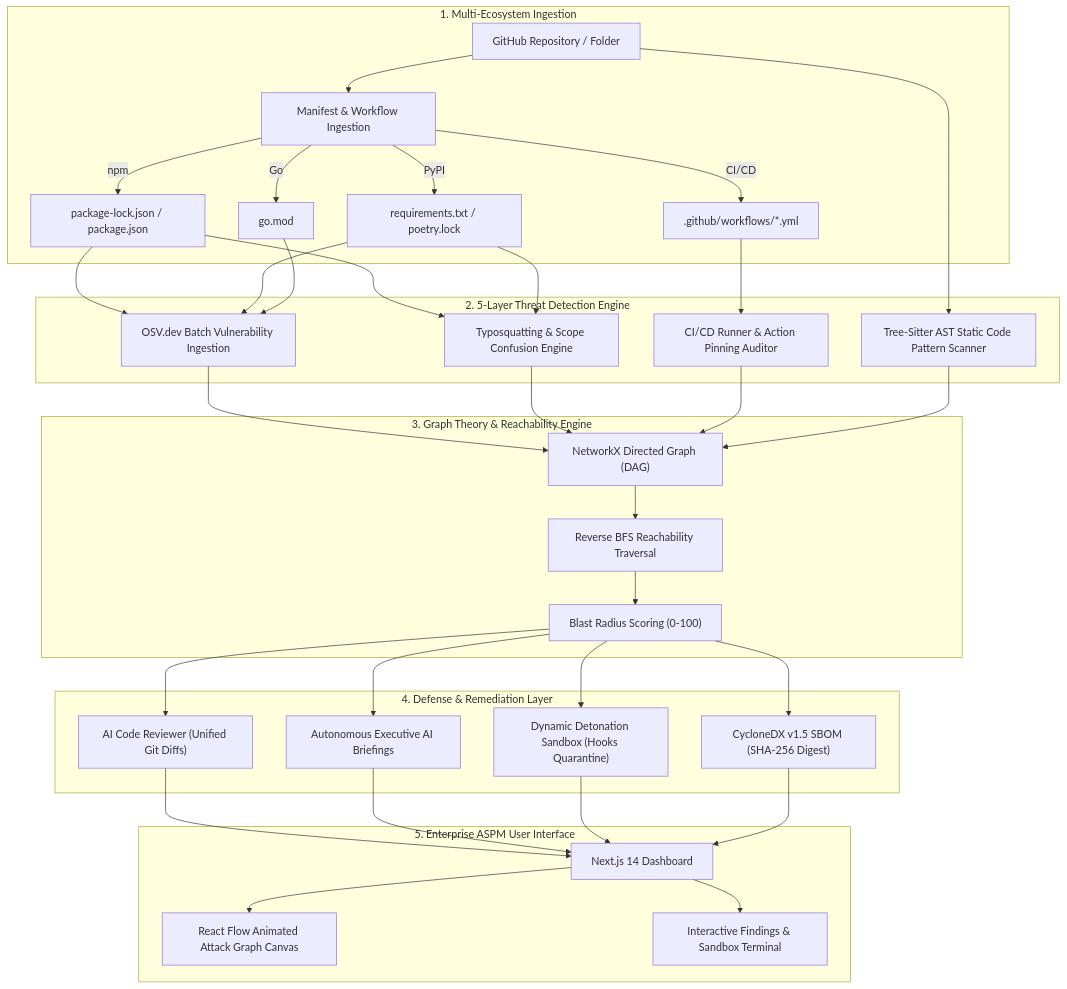
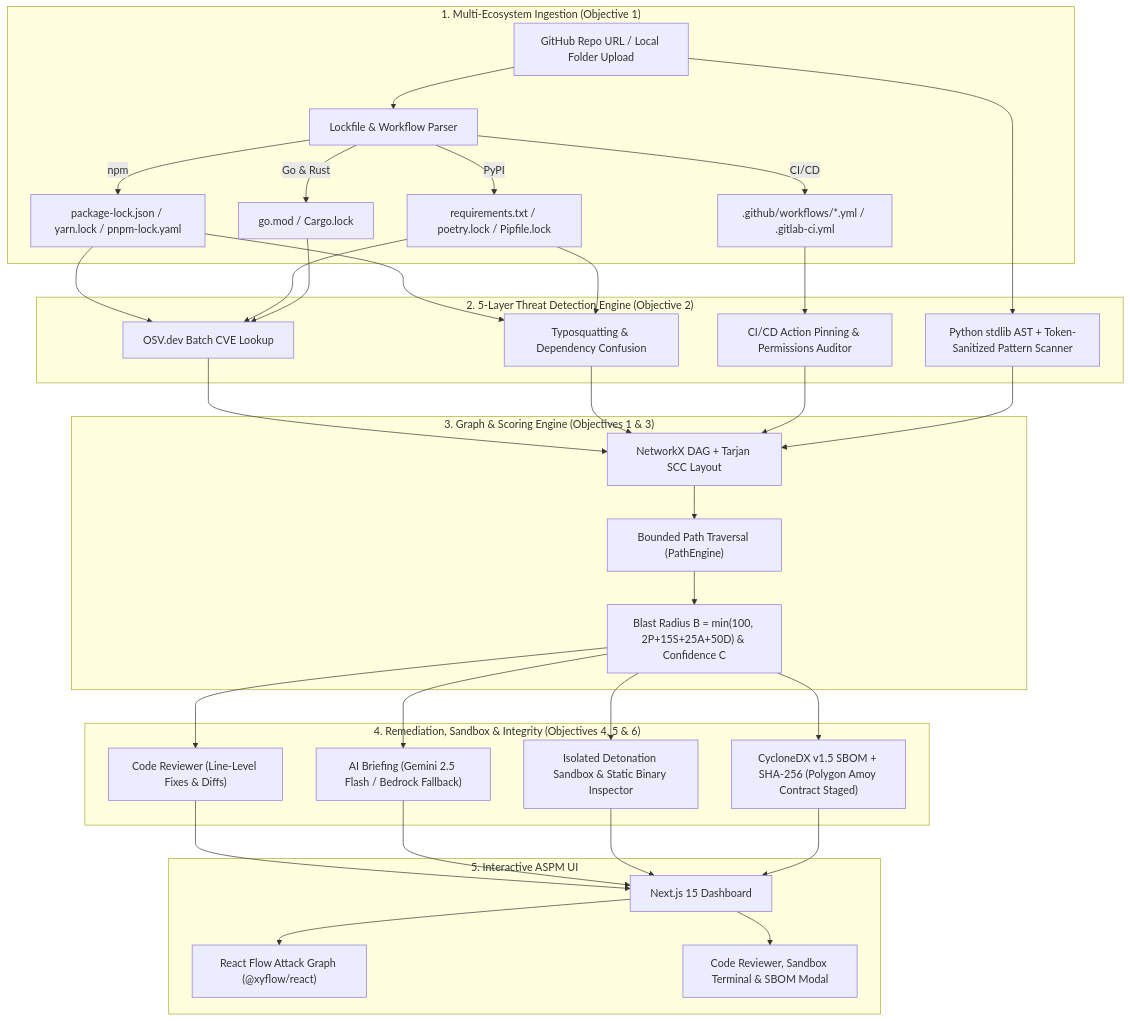
Before and after one commit to hemanthreddydaram-007/supplygraph: the diagram in README.md, drawn with Mermaid. The commit also changed other lines of this file and 6 other files, not shown here.

Commit message:
docs & fix: align Problem Statement, restore blast-radius tests, and clarify root challenge, user needs, and objectives

````diff
--- a/README.md
+++ b/README.md
@@ -184,36 +115,36 @@
 ```mermaid
 flowchart TD
-    subgraph INGESTION["1. Multi-Ecosystem Ingestion"]
-        A1["GitHub Repository / Folder"] --> B1["Manifest & Workflow Ingestion"]
-        B1 --> |npm| M1["package-lock.json / package.json"]
-        B1 --> |PyPI| M2["requirements.txt / poetry.lock"]
-        B1 --> |Go| M3["go.mod"]
-        B1 --> |CI/CD| M4[".github/workflows/*.yml"]
+    subgraph INGESTION["1. Multi-Ecosystem Ingestion (Objective 1)"]
+        A1["GitHub Repo URL / Local Folder Upload"] --> B1["Lockfile & Workflow Parser"]
+        B1 --> |npm| M1["package-lock.json / yarn.lock / pnpm-lock.yaml"]
+        B1 --> |PyPI| M2["requirements.txt / poetry.lock / Pipfile.lock"]
+        B1 --> |Go & Rust| M3["go.mod / Cargo.lock"]
+        B1 --> |CI/CD| M4[".github/workflows/*.yml / .gitlab-ci.yml"]
     end
 
-    subgraph THREAT_ENGINE["2. 5-Layer Threat Detection Engine"]
-        M1 & M2 & M3 --> D1["OSV.dev Batch Vulnerability Ingestion"]
-        M1 & M2 --> D2["Typosquatting & Scope Confusion Engine"]
-        M4 --> D3["CI/CD Runner & Action Pinning Auditor"]
-        A1 --> D4["Tree-Sitter AST Static Code Pattern Scanner"]
+    subgraph THREAT_ENGINE["2. 5-Layer Threat Detection Engine (Objective 2)"]
+        M1 & M2 & M3 --> D1["OSV.dev Batch CVE Lookup"]
+        M1 & M2 --> D2["Typosquatting & Dependency Confusion"]
+        M4 --> D3["CI/CD Action Pinning & Permissions Auditor"]
+        A1 --> D4["Python stdlib AST + Token-Sanitized Pattern Scanner"]
     end
 
-    subgraph GRAPH_ENGINE["3. Graph Theory & Reachability Engine"]
-        D1 & D2 & D3 & D4 --> G1["NetworkX Directed Graph (DAG)"]
-        G1 --> G2["Reverse BFS Reachability Traversal"]
-        G2 --> G3["Blast Radius Scoring (0-100)"]
+    subgraph GRAPH_ENGINE["3. Graph & Scoring Engine (Objectives 1 & 3)"]
+        D1 & D2 & D3 & D4 --> G1["NetworkX DAG + Tarjan SCC Layout"]
+        G1 --> G2["Bounded Path Traversal (PathEngine)"]
+        G2 --> G3["Blast Radius B = min(100, 2P+15S+25A+50D) & Confidence C"]
     end
 
-    subgraph DEFENSE["4. Defense & Remediation Layer"]
-        G3 --> R1["AI Code Reviewer (Unified Git Diffs)"]
-        G3 --> R2["Autonomous Executive AI Briefings"]
-        G3 --> R3["Dynamic Detonation Sandbox (Hooks Quarantine)"]
-        G3 --> R4["CycloneDX v1.5 SBOM (SHA-256 Digest)"]
+    subgraph DEFENSE["4. Remediation, Sandbox & Integrity (Objectives 4, 5 & 6)"]
+        G3 --> R1["Code Reviewer (Line-Level Fixes & Diffs)"]
+        G3 --> R2["AI Briefing (Gemini 2.5 Flash / Bedrock Fallback)"]
+        G3 --> R3["Isolated Detonation Sandbox & Static Binary Inspector"]
+        G3 --> R4["CycloneDX v1.5 SBOM + SHA-256 (Polygon Amoy Contract Staged)"]
     end
 
-    subgraph UI["5. Enterprise ASPM User Interface"]
-        R1 & R2 & R3 & R4 --> UI1["Next.js 14 Dashboard"]
-        UI1 --> UI2["React Flow Animated Attack Graph Canvas"]
-        UI1 --> UI3["Interactive Findings & Sandbox Terminal"]
+    subgraph UI["5. Interactive ASPM UI"]
+        R1 & R2 & R3 & R4 --> UI1["Next.js 15 Dashboard"]
+        UI1 --> UI2["React Flow Attack Graph (@xyflow/react)"]
+        UI1 --> UI3["Code Reviewer, Sandbox Terminal & SBOM Modal"]
     end
 ```
````
